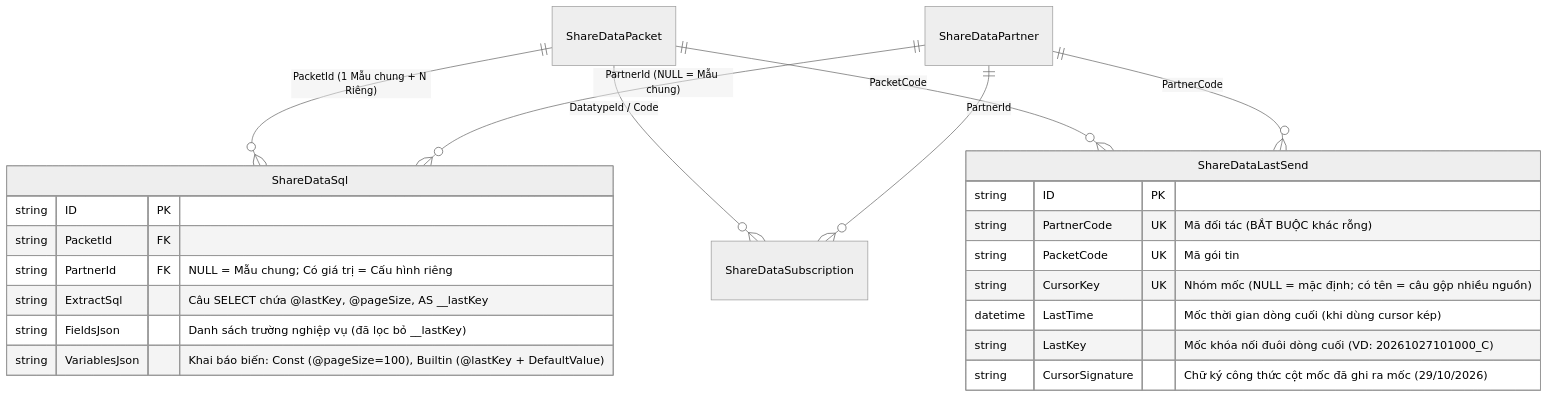
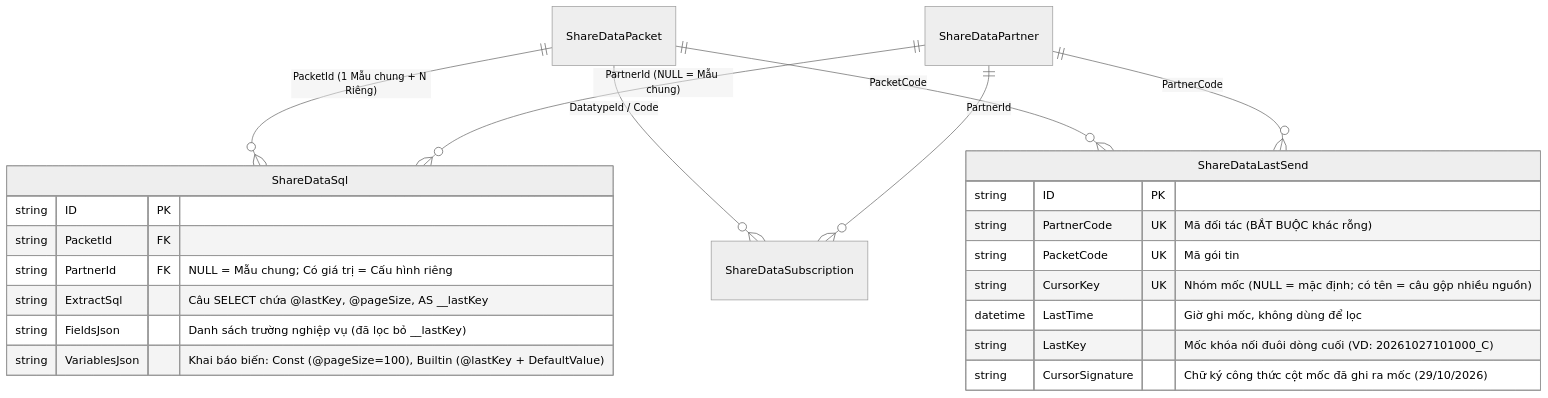
Before and after one commit to DatHoang29/ThienAn: the first of 3 diagrams in DocBusinessThienAn/HữuNghị-ChiLăng/ShareData/doc/transcript/28-10-2026-sharedata-xu-ly-noi-key-3-phuong-an-lastkey-va-toi-uu-hieu-nang.md, drawn with Mermaid (neutral theme). The commit also changed other lines of this file and 29 other files, not shown here.

````diff
--- a/DocBusinessThienAn/HữuNghị-ChiLăng/ShareData/doc/transcript/28-10-2026-sharedata-xu-ly-noi-key-3-phuong-an-lastkey-va-toi-uu-hieu-nang.md
+++ b/DocBusinessThienAn/HữuNghị-ChiLăng/ShareData/doc/transcript/28-10-2026-sharedata-xu-ly-noi-key-3-phuong-an-lastkey-va-toi-uu-hieu-nang.md
@@ -615,28 +623,28 @@
 ```mermaid
 erDiagram
     ShareDataPacket ||--o{ ShareDataSql : "PacketId (1 Mẫu chung + N Riêng)"
     ShareDataPartner ||--o{ ShareDataSql : "PartnerId (NULL = Mẫu chung)"
     ShareDataPacket ||--o{ ShareDataSubscription : "DatatypeId / Code"
     ShareDataPartner ||--o{ ShareDataSubscription : "PartnerId"
     ShareDataPacket ||--o{ ShareDataLastSend : "PacketCode"
     ShareDataPartner ||--o{ ShareDataLastSend : "PartnerCode"
 
     ShareDataSql {
         string ID PK
         string PacketId FK
         string PartnerId FK "NULL = Mẫu chung; Có giá trị = Cấu hình riêng"
         string ExtractSql "Câu SELECT chứa @lastKey, @pageSize, AS __lastKey"
         string FieldsJson "Danh sách trường nghiệp vụ (đã lọc bỏ __lastKey)"
         string VariablesJson "Khai báo biến: Const (@pageSize=100), Builtin (@lastKey + DefaultValue)"
     }
 
     ShareDataLastSend {
         string ID PK
         string PartnerCode UK "Mã đối tác (BẮT BUỘC khác rỗng)"
         string PacketCode UK "Mã gói tin"
         string CursorKey UK "Nhóm mốc (NULL = mặc định; có tên = câu gộp nhiều nguồn)"
-        datetime LastTime "Mốc thời gian dòng cuối (khi dùng cursor kép)"
+        datetime LastTime "Giờ ghi mốc, không dùng để lọc"
         string LastKey "Mốc khóa nối đuôi dòng cuối (VD: 20261027101000_C)"
         string CursorSignature "Chữ ký công thức cột mốc đã ghi ra mốc (29/10/2026)"
     }
 ```
````
